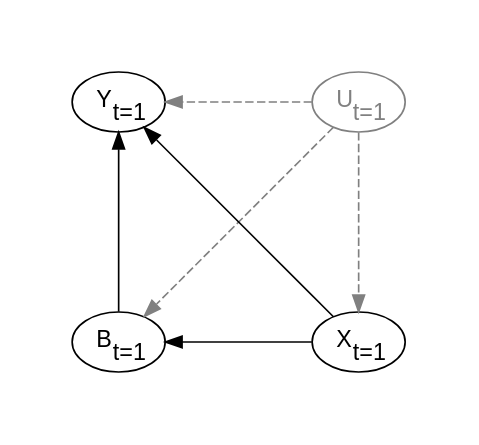
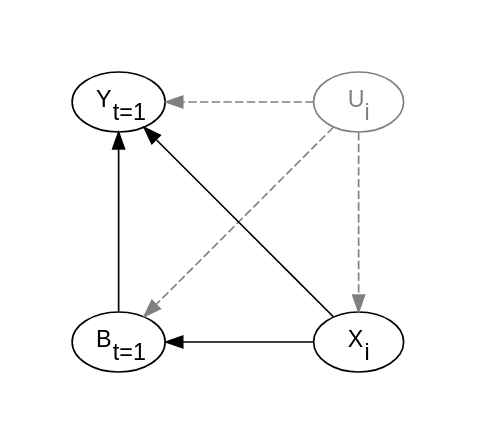
Before and after one commit to mca91/kasa_book: the first of 5 diagrams in FixedEffects.qmd, drawn with Graphviz. The commit also changed other lines of this file and 5 other files, not shown here.

````diff
--- a/FixedEffects.qmd
+++ b/FixedEffects.qmd
@@ -94,33 +94,33 @@
 ```{dot}
 //| fig-width: 3
 //| fig-height: 3
 //| fig-align: 'center'
 //| fig-cap: "Backdoors durch beobachtete und unbeobachtete Variablen"
 //| label: "fig-FEDAG1" 
 digraph FE_dag_single_period {
     layout=neato
     fontname="Helvetica,Arial,sans-serif"
     node [fontname="Helvetica,Arial,sans-serif"]
     edge [fontname="Helvetica,Arial,sans-serif"]
     splines=true
     pad=.5
 
     // Zeitinvariante Einflüsse
-    U [pos="2,8!", label=<U<SUB>t=1</SUB>>, color=gray, fontcolor=gray];
+    U [pos="2,8!", label=<U<SUB>i</SUB>>, color=gray, fontcolor=gray];
 
     // Knoten für Zeitvariante Einflüsse
-    X [pos="2,6!", label=<X<SUB>t=1</SUB>>];
+    X [pos="2,6!", label=<X<SUB>i</SUB>>];
 
     // Knoten für eine Periode
     B [pos="0,6!", label=<B<SUB>t=1</SUB>>];
     Y [pos="0,8!", label=<Y<SUB>t=1</SUB>>];
 
     // Kanten für eine Periode
     U -> X [color=gray, style=dashed];
     U -> Y [color=gray, style=dashed];
     U -> B [color=gray, style=dashed];
     X -> Y;
     X -> B;
     B -> Y;
 }
 ```
````
